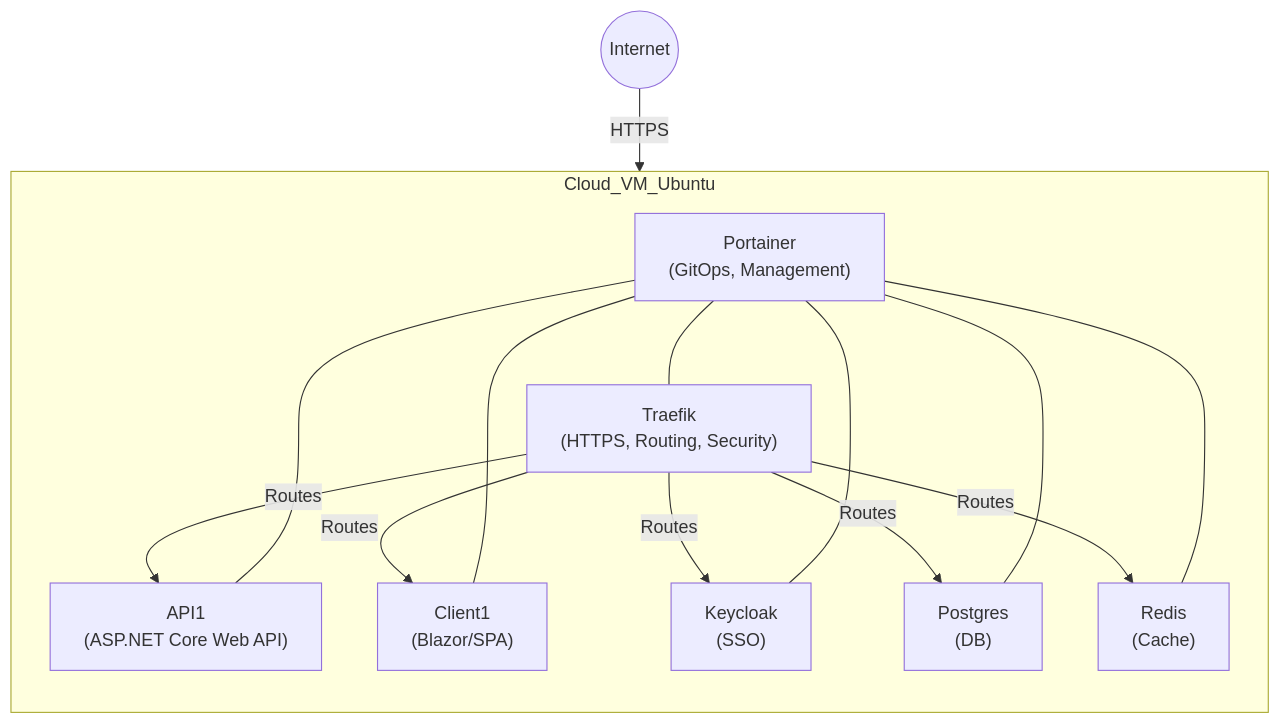
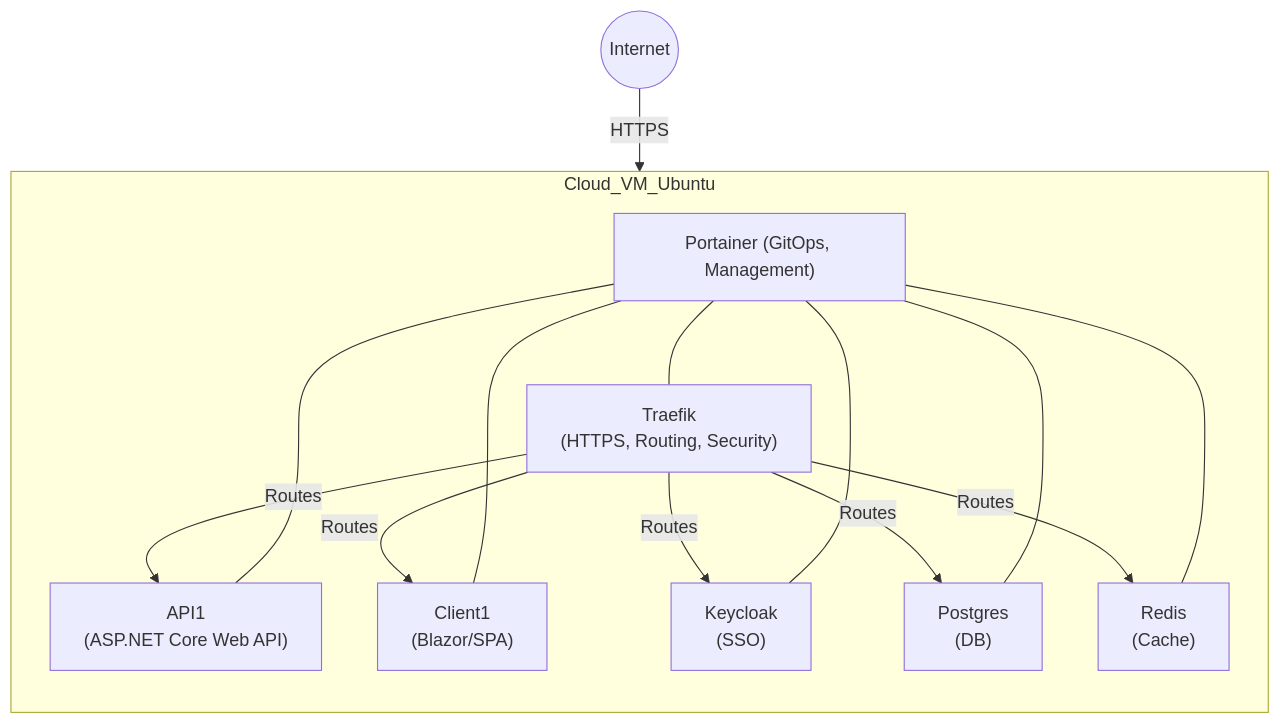
The diagram in README.md (farshaddavoudi/single-node-prod-infra), drawn with Mermaid before and after one commit.

````diff
--- a/README.md
+++ b/README.md
@@ -12,26 +12,26 @@
 ```mermaid
 flowchart TD
     subgraph Cloud_VM_Ubuntu
         direction TB
         Traefik["Traefik\n(HTTPS, Routing, Security)"]
-        Portainer["Portainer\n(GitOps, Management)"]
+        Portainer["Portainer (GitOps, Management)"]
         Keycloak["Keycloak\n(SSO)"]
         API1["API1\n(ASP.NET Core Web API)"]
         Client1["Client1\n(Blazor/SPA)"]
         Postgres["Postgres\n(DB)"]
         Redis["Redis\n(Cache)"]
     end
     Internet((Internet))
     Internet -->|HTTPS| Traefik
     Traefik -->|Routes| API1
     Traefik -->|Routes| Client1
     Traefik -->|Routes| Keycloak
     Traefik -->|Routes| Postgres
     Traefik -->|Routes| Redis
     Portainer --- Traefik
     Portainer --- API1
     Portainer --- Client1
     Portainer --- Keycloak
     Portainer --- Postgres
     Portainer --- Redis
 ```
````
